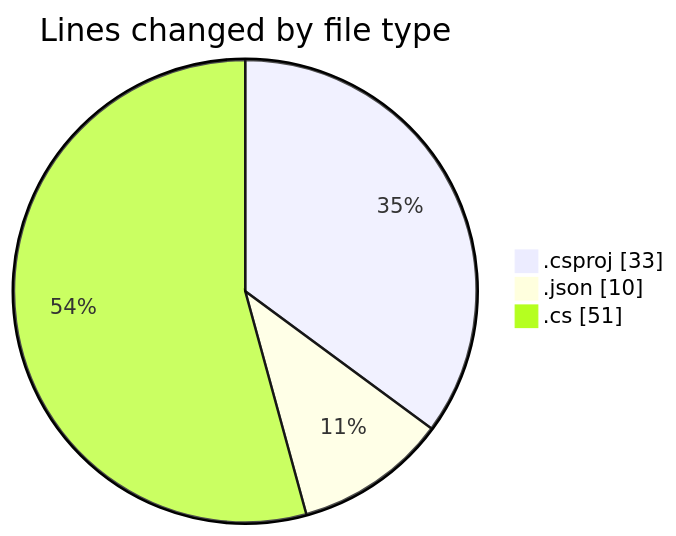
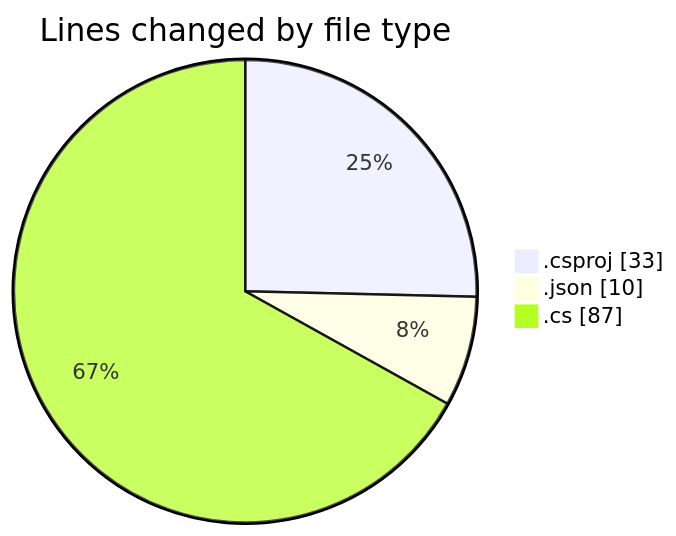
The first of 2 diagrams in 2025-10-13/skintrack/README.md (Netris89/code-tracking), drawn with Mermaid before and after one commit. The commit also changed other lines of this file and 1 other file, not shown here.

````diff
--- a/2025-10-13/skintrack/README.md
+++ b/2025-10-13/skintrack/README.md
@@ -22,7 +22,7 @@
 ```mermaid
 pie showData
 title Lines changed by file type
 ".csproj" : 33
 ".json" : 10
-".cs" : 51
+".cs" : 87
 ```
````
